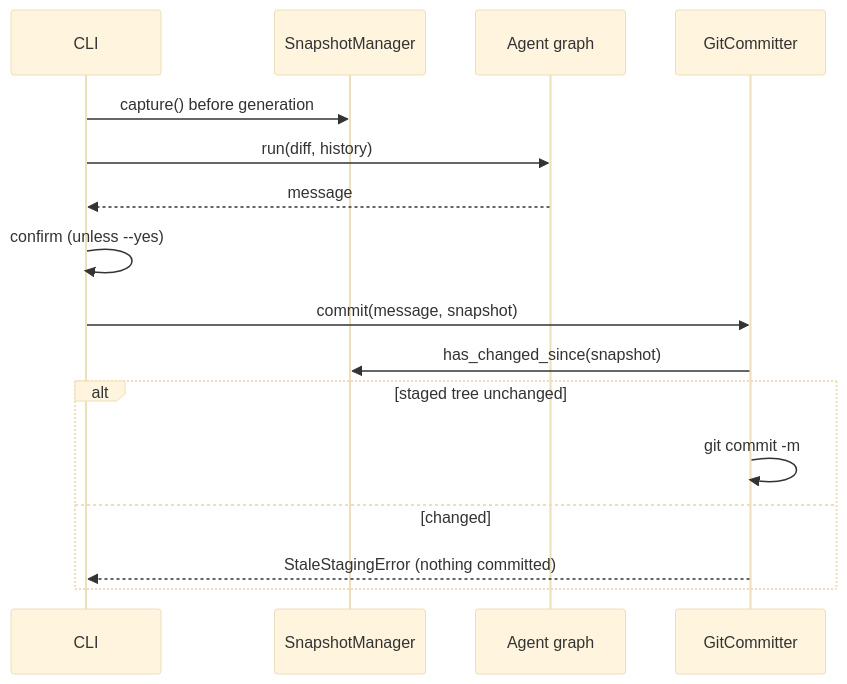
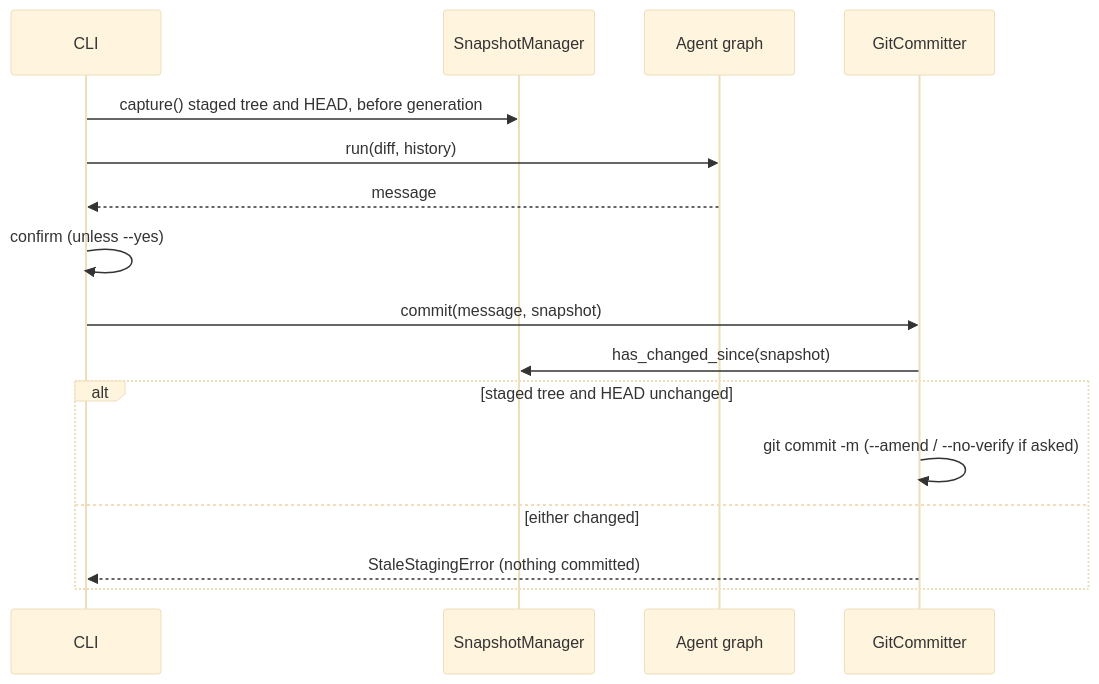
One commit to vaibhav-barman/gitcommit-ai changed the third of 3 diagrams in docs/architecture.md. Above: the diagram before and after it, drawn with Mermaid (base theme). The commit also changed other lines of this file and 6 other files, not shown here.

````diff
--- a/docs/architecture.md
+++ b/docs/architecture.md
@@ -314,18 +375,18 @@
 ```mermaid
 sequenceDiagram
     participant CLI
     participant Snap as SnapshotManager
     participant Graph as Agent graph
     participant Commit as GitCommitter
-    CLI->>Snap: capture() before generation
+    CLI->>Snap: capture() staged tree and HEAD, before generation
     CLI->>Graph: run(diff, history)
     Graph-->>CLI: message
     CLI->>CLI: confirm (unless --yes)
     CLI->>Commit: commit(message, snapshot)
     Commit->>Snap: has_changed_since(snapshot)
-    alt staged tree unchanged
-        Commit->>Commit: git commit -m
-    else changed
+    alt staged tree and HEAD unchanged
+        Commit->>Commit: git commit -m (--amend / --no-verify if asked)
+    else either changed
         Commit-->>CLI: StaleStagingError (nothing committed)
     end
 ```
````
